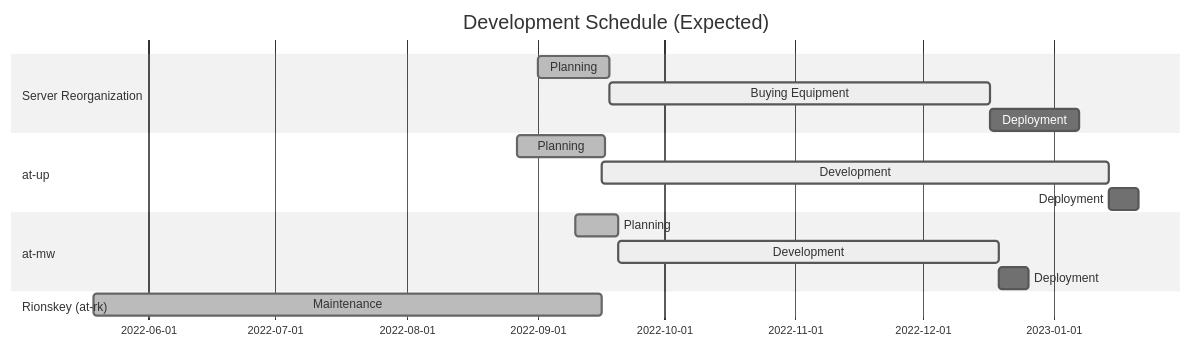
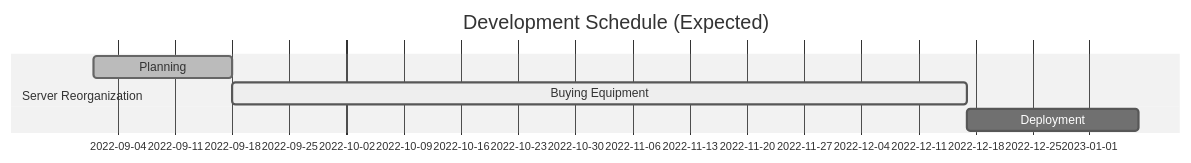
The diagram in README.md (antegral/antegral), drawn with Mermaid (neutral theme) before and after one commit. The commit also changed other lines of this file, not shown here.

````diff
--- a/README.md
+++ b/README.md
@@ -31,20 +31,10 @@
 ```mermaid
 gantt
     title Development Schedule (Expected)
     dateFormat  YYYY-MM-DD
 
     section Server Reorganization
     Planning            :done, a1, 2022-09-01, 2022-09-18
     Buying Equipment    :active, a2, after a1, 90d
     Deployment          :after a2, 21d
-    section at-up
-    Planning            :done, b1, 2022-08-27, 2022-09-17
-    Development         :active, b2, after b1, 120d
-    Deployment          :b3, after b2, 7d
-    section at-mw
-    Planning            :done, c1, 2022-09-10, 2022-09-20
-    Development         :active, c2, after c1, 90d
-    Deployment          :c3, after c2, 7d
-    section Rionskey (at-rk)
-    Maintenance            :done, b1, 2022-05-19, 120d
 ```
````
